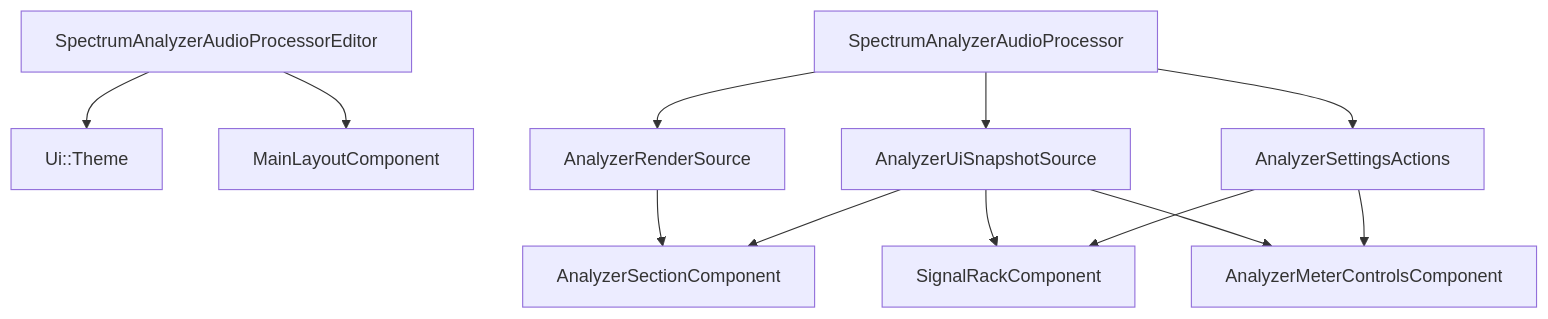
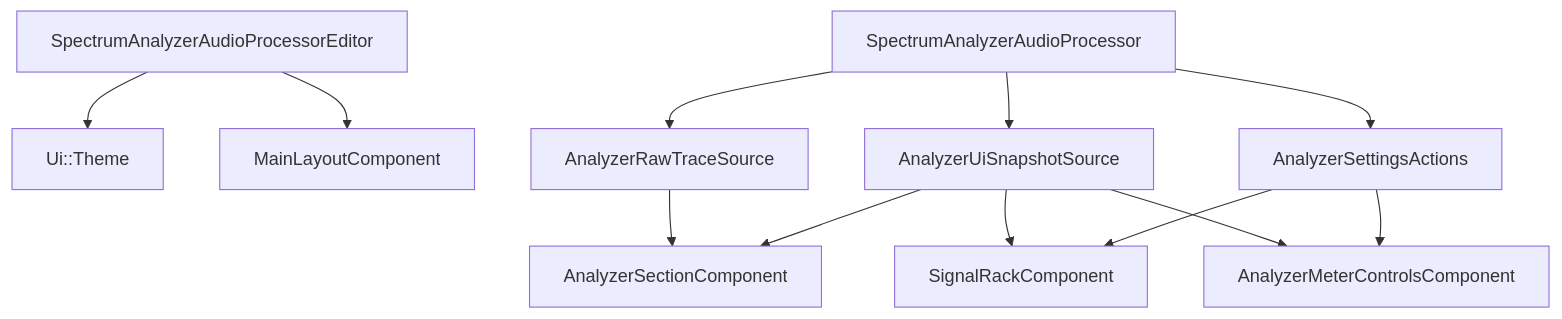
Before and after one commit to Silenterc/Band-Spectrum-Analyzer: the first of 2 diagrams in docs/ui-architecture.md, drawn with Mermaid. The commit also changed other lines of this file and 173 other files, not shown here.

````diff
--- a/docs/ui-architecture.md
+++ b/docs/ui-architecture.md
@@ -11,16 +12,16 @@
 ```mermaid
 flowchart TD
     Editor[SpectrumAnalyzerAudioProcessorEditor] --> Theme[Ui::Theme]
     Editor --> Layout[MainLayoutComponent]
 
-    Processor[SpectrumAnalyzerAudioProcessor] --> Render[AnalyzerRenderSource]
+    Processor[SpectrumAnalyzerAudioProcessor] --> RawSource[AnalyzerRawTraceSource]
     Processor --> Snapshot[AnalyzerUiSnapshotSource]
     Processor --> Actions[AnalyzerSettingsActions]
 
-    Render --> AnalyzerSection[AnalyzerSectionComponent]
+    RawSource --> AnalyzerSection[AnalyzerSectionComponent]
     Snapshot --> AnalyzerSection
     Snapshot --> Rack[SignalRackComponent]
     Snapshot --> Strip[AnalyzerMeterControlsComponent]
     Actions --> Rack
     Actions --> Strip
 ```
````
